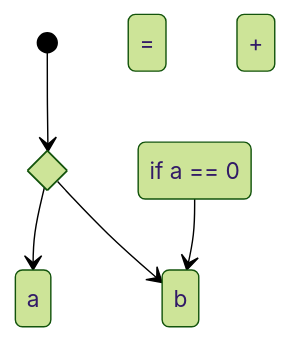
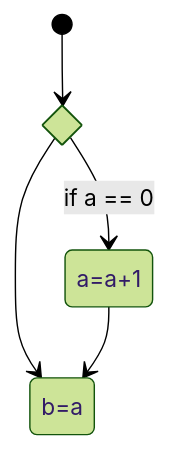
Before and after one commit to boddaert/nsi: the third of 11 diagrams in première/Constructions élémentaires/Instructions_conditionnelles.md, drawn with Mermaid (forest theme).

````diff
--- a/première/Constructions élémentaires/Instructions_conditionnelles.md
+++ b/première/Constructions élémentaires/Instructions_conditionnelles.md
@@ -56,8 +56,8 @@
 ```mermaid
 stateDiagram-v2
     state if_state <<choice>>
     [*] --> if_state
-    if_state --> a = a + 1 : if a == 0
-    if_state --> b = a
-    a = a + 1 --> b = a
+    if_state --> a=a+1 : if a == 0
+    if_state --> b=a
+    a=a+1 --> b=a
 ```
````
